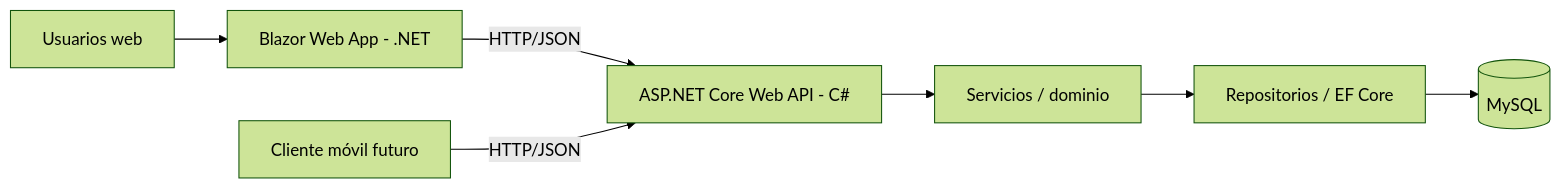
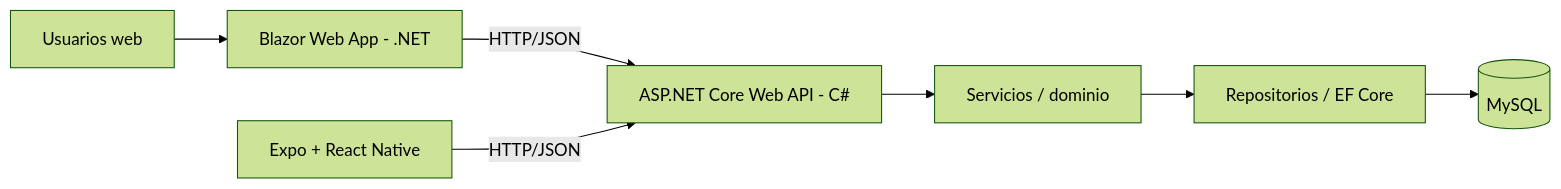
Before and after one commit to JMGProgrammer/Obligatorio-DYDA-2026: the diagram in README.md, drawn with Mermaid (forest theme). The commit also changed other lines of this file and 46 other files, not shown here.

````diff
--- a/README.md
+++ b/README.md
@@ -16,9 +16,9 @@
 ```mermaid
 flowchart LR
   U[Usuarios web] --> B[Blazor Web App - .NET]
   B -->|HTTP/JSON| A[ASP.NET Core Web API - C#]
-  M[Cliente móvil futuro] -->|HTTP/JSON| A
+  M[Expo + React Native] -->|HTTP/JSON| A
   A --> S[Servicios / dominio]
   S --> R[Repositorios / EF Core]
   R --> D[(MySQL)]
 ```
````
